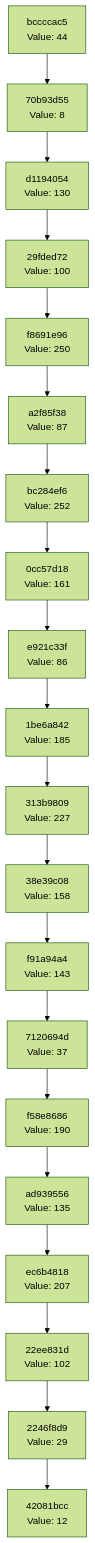
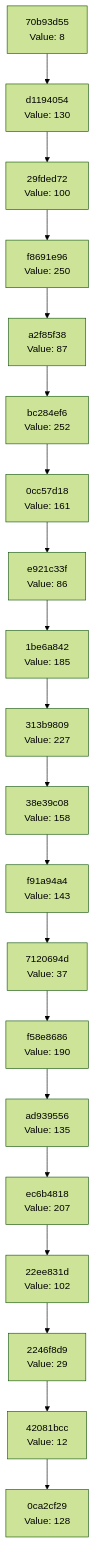
The diagram in docs/CHAIN_VISUALIZATION.md (Abhisheksinha1506/hash-chain-evolver), drawn with Mermaid (forest theme) before and after one commit. The commit also changed 2 other files, not shown here.

Commit message:
Evolution Step

````diff
--- a/docs/CHAIN_VISUALIZATION.md
+++ b/docs/CHAIN_VISUALIZATION.md
@@ -3,42 +3,42 @@
 ```mermaid
 graph TD
-    C0["42081bcc<br/>Value: 12"]
-    C1["2246f8d9<br/>Value: 29"]
+    C0["0ca2cf29<br/>Value: 128"]
+    C1["42081bcc<br/>Value: 12"]
     C1 --> C0
-    C2["22ee831d<br/>Value: 102"]
+    C2["2246f8d9<br/>Value: 29"]
     C2 --> C1
-    C3["ec6b4818<br/>Value: 207"]
+    C3["22ee831d<br/>Value: 102"]
     C3 --> C2
-    C4["ad939556<br/>Value: 135"]
+    C4["ec6b4818<br/>Value: 207"]
     C4 --> C3
-    C5["f58e8686<br/>Value: 190"]
+    C5["ad939556<br/>Value: 135"]
     C5 --> C4
-    C6["7120694d<br/>Value: 37"]
+    C6["f58e8686<br/>Value: 190"]
     C6 --> C5
-    C7["f91a94a4<br/>Value: 143"]
+    C7["7120694d<br/>Value: 37"]
     C7 --> C6
-    C8["38e39c08<br/>Value: 158"]
+    C8["f91a94a4<br/>Value: 143"]
     C8 --> C7
-    C9["313b9809<br/>Value: 227"]
+    C9["38e39c08<br/>Value: 158"]
     C9 --> C8
-    C10["1be6a842<br/>Value: 185"]
+    C10["313b9809<br/>Value: 227"]
     C10 --> C9
-    C11["e921c33f<br/>Value: 86"]
+    C11["1be6a842<br/>Value: 185"]
     C11 --> C10
-    C12["0cc57d18<br/>Value: 161"]
+    C12["e921c33f<br/>Value: 86"]
     C12 --> C11
-    C13["bc284ef6<br/>Value: 252"]
+    C13["0cc57d18<br/>Value: 161"]
     C13 --> C12
-    C14["a2f85f38<br/>Value: 87"]
+    C14["bc284ef6<br/>Value: 252"]
     C14 --> C13
-    C15["f8691e96<br/>Value: 250"]
+    C15["a2f85f38<br/>Value: 87"]
     C15 --> C14
-    C16["29fded72<br/>Value: 100"]
+    C16["f8691e96<br/>Value: 250"]
     C16 --> C15
-    C17["d1194054<br/>Value: 130"]
+    C17["29fded72<br/>Value: 100"]
     C17 --> C16
-    C18["70b93d55<br/>Value: 8"]
+    C18["d1194054<br/>Value: 130"]
     C18 --> C17
-    C19["bccccac5<br/>Value: 44"]
+    C19["70b93d55<br/>Value: 8"]
     C19 --> C18
 ```
````
